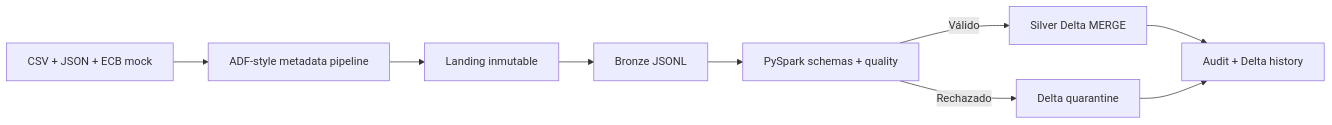
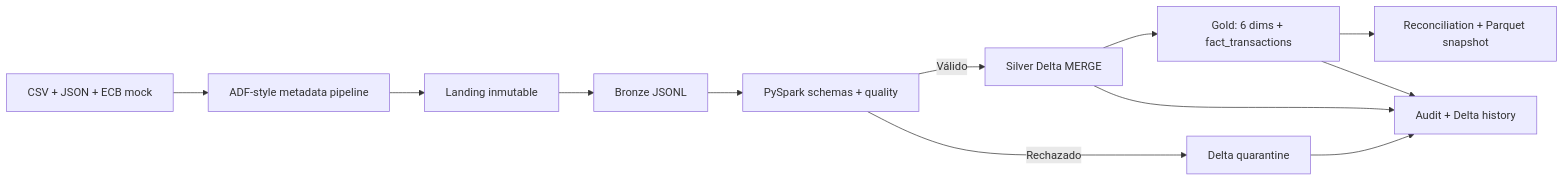
One commit to franciscosalaspla/data-engineering-portfolio changed the diagram in 23-azure-adf-databricks-bank-fx/README.md. Above: the diagram before and after it, drawn with Mermaid. The commit also changed other lines of this file and 23 other files, not shown here.

````diff
--- a/23-azure-adf-databricks-bank-fx/README.md
+++ b/23-azure-adf-databricks-bank-fx/README.md
@@ -36,11 +36,14 @@
 ```mermaid
 flowchart LR
     S["CSV + JSON + ECB mock"] --> A["ADF-style metadata pipeline"]
     A --> L["Landing inmutable"]
     L --> B["Bronze JSONL"]
     B --> P["PySpark schemas + quality"]
     P -->|Válido| D["Silver Delta MERGE"]
     P -->|Rechazado| Q["Delta quarantine"]
+    D --> G["Gold: 6 dims + fact_transactions"]
+    G --> R["Reconciliation + Parquet snapshot"]
     D --> U["Audit + Delta history"]
+    G --> U
     Q --> U
 ```
````
